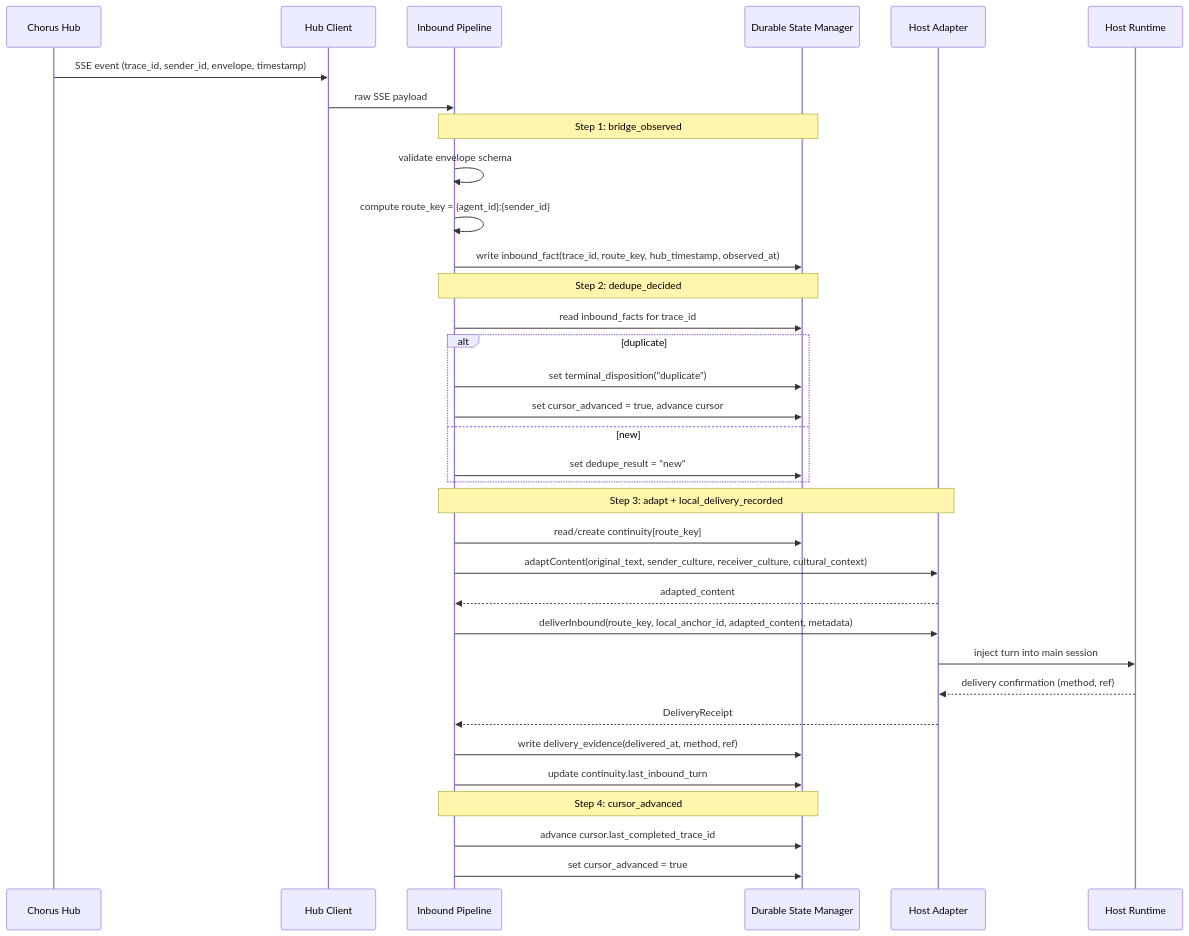
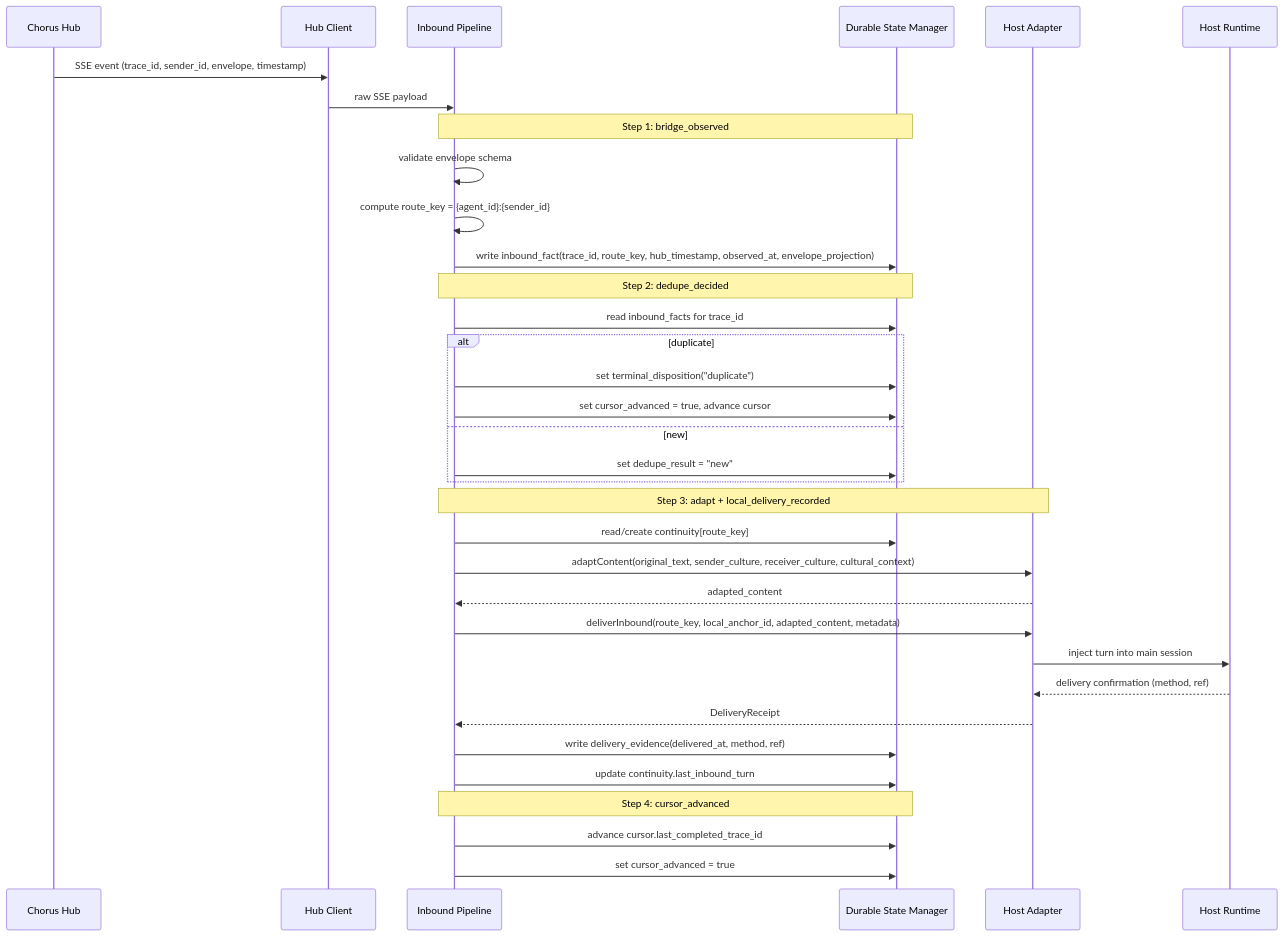
Before and after one commit to owensun6/chorus: the first of 3 diagrams in pipeline/bridge-v2/1_architecture/System_Design.md, drawn with Mermaid. The commit also changed other lines of this file and 16 other files, not shown here.

````diff
--- a/pipeline/bridge-v2/1_architecture/System_Design.md
+++ b/pipeline/bridge-v2/1_architecture/System_Design.md
@@ -86,41 +98,41 @@
 ```mermaid
 sequenceDiagram
     participant Hub as Chorus Hub
     participant HC as Hub Client
     participant IP as Inbound Pipeline
     participant DSM as Durable State Manager
     participant HA as Host Adapter
     participant Host as Host Runtime
 
     Hub->>HC: SSE event (trace_id, sender_id, envelope, timestamp)
     HC->>IP: raw SSE payload
 
     Note over IP,DSM: Step 1: bridge_observed
     IP->>IP: validate envelope schema
     IP->>IP: compute route_key = {agent_id}:{sender_id}
-    IP->>DSM: write inbound_fact(trace_id, route_key, hub_timestamp, observed_at)
+    IP->>DSM: write inbound_fact(trace_id, route_key, hub_timestamp, observed_at, envelope_projection)
 
     Note over IP,DSM: Step 2: dedupe_decided
     IP->>DSM: read inbound_facts for trace_id
     alt duplicate
         IP->>DSM: set terminal_disposition("duplicate")
         IP->>DSM: set cursor_advanced = true, advance cursor
     else new
         IP->>DSM: set dedupe_result = "new"
     end
 
     Note over IP,HA: Step 3: adapt + local_delivery_recorded
     IP->>DSM: read/create continuity[route_key]
     IP->>HA: adaptContent(original_text, sender_culture, receiver_culture, cultural_context)
     HA-->>IP: adapted_content
     IP->>HA: deliverInbound(route_key, local_anchor_id, adapted_content, metadata)
     HA->>Host: inject turn into main session
     Host-->>HA: delivery confirmation (method, ref)
     HA-->>IP: DeliveryReceipt
     IP->>DSM: write delivery_evidence(delivered_at, method, ref)
     IP->>DSM: update continuity.last_inbound_turn
 
     Note over IP,DSM: Step 4: cursor_advanced
     IP->>DSM: advance cursor.last_completed_trace_id
     IP->>DSM: set cursor_advanced = true
 ```
````
